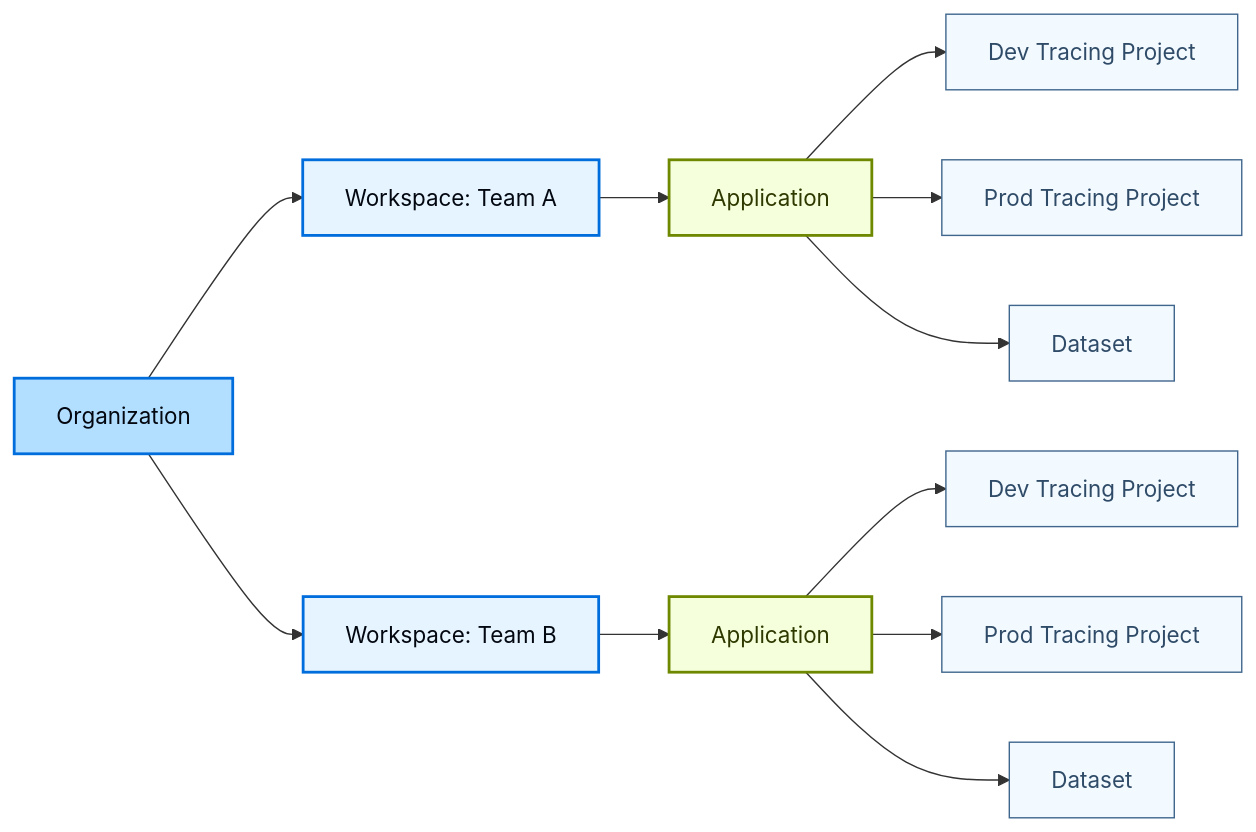
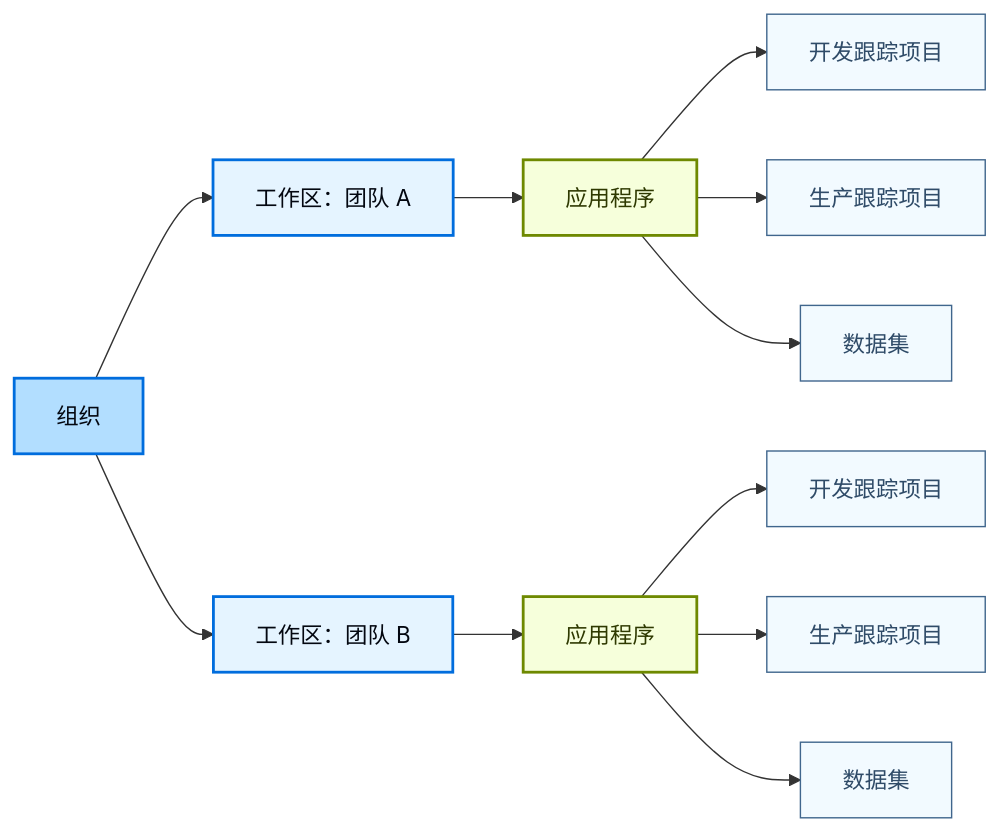
The first of 3 diagrams in langsmith/workload-isolation.mdx (kunfan96/cndocs-langchain), drawn with Mermaid before and after one commit. The commit also changed other lines of this file and 2498 other files, not shown here.

````diff
--- a/langsmith/workload-isolation.mdx
+++ b/langsmith/workload-isolation.mdx
@@ -28,42 +28,42 @@
 ```mermaid actions={false}
 graph LR
-    Org[Organization]
+    Org[组织]
 
-    WS1[Workspace: Team A]
-    WS2[Workspace: Team B]
+    WS1[工作区：团队 A]
+    WS2[工作区：团队 B]
 
-    App1A[Application]
-    App1B[Application]
+    App1A[应用程序]
+    App1B[应用程序]
 
-    DevA[Dev Tracing Project]
-    ProdA[Prod Tracing Project]
-    DatasetA[Dataset]
+    DevA[开发跟踪项目]
+    ProdA[生产跟踪项目]
+    DatasetA[数据集]
 
-    DevB[Dev Tracing Project]
-    ProdB[Prod Tracing Project]
-    DatasetB[Dataset]
+    DevB[开发跟踪项目]
+    ProdB[生产跟踪项目]
+    DatasetB[数据集]
 
     Org --> WS1
     Org --> WS2
 
     WS1 --> App1A
     WS2 --> App1B
 
     App1A --> DevA
     App1A --> ProdA
     App1A --> DatasetA
 
     App1B --> DevB
     App1B --> ProdB
     App1B --> DatasetB
 
     classDef orgStyle fill:#B2DEFF,stroke:#006DDD,stroke-width:2px,color:#030710
     classDef wsStyle fill:#E5F4FF,stroke:#006DDD,stroke-width:2px,color:#030710
     classDef appStyle fill:#F6FFDB,stroke:#6E8900,stroke-width:2px,color:#2E3900
     classDef resourceStyle fill:#F2FAFF,stroke:#40668D,stroke-width:1px,color:#2F4B68
 
     class Org orgStyle
     class WS1,WS2 wsStyle
     class App1A,App1B appStyle
     class DevA,ProdA,DatasetA,DevB,ProdB,DatasetB resourceStyle
 ```
````
